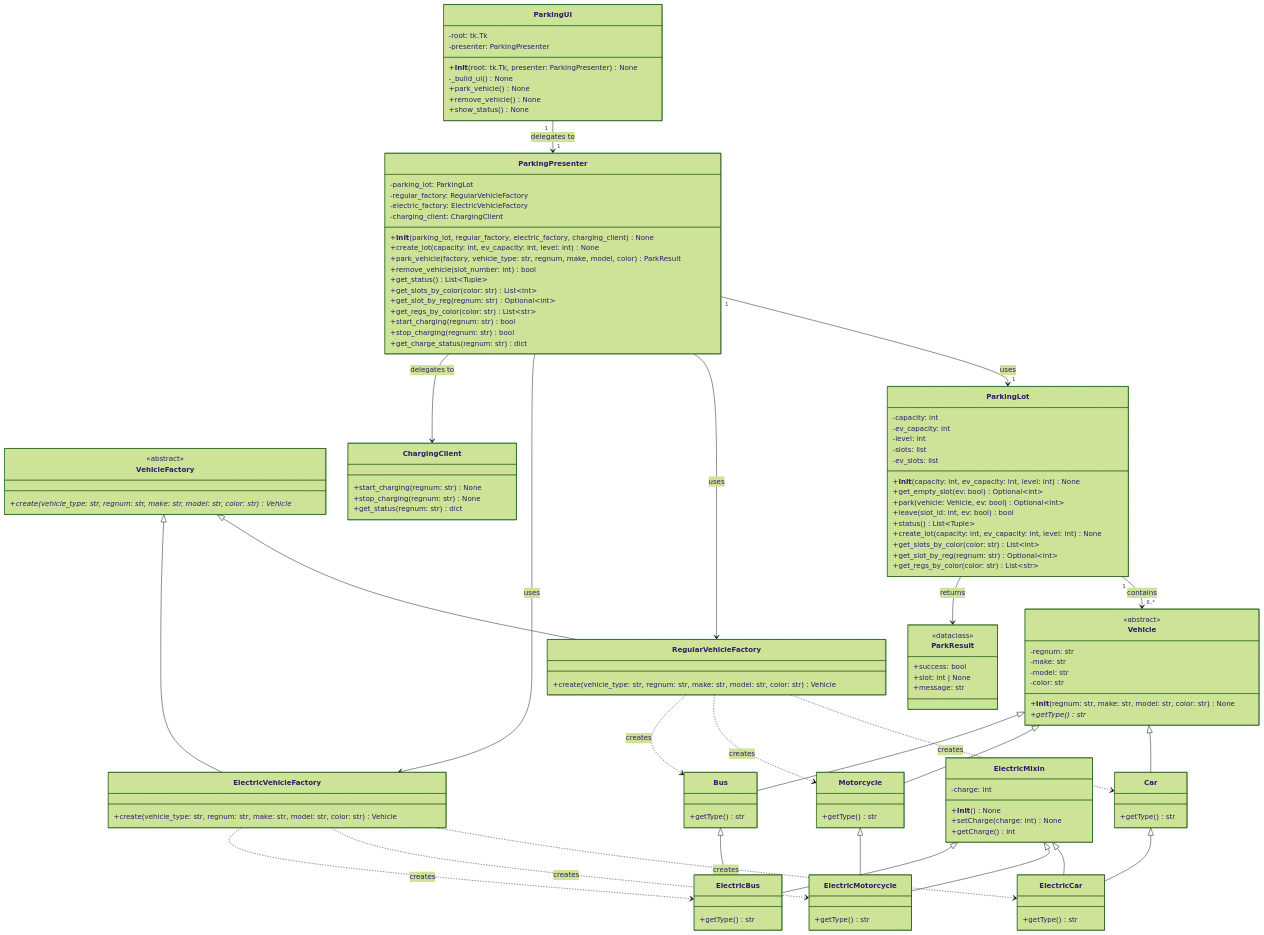
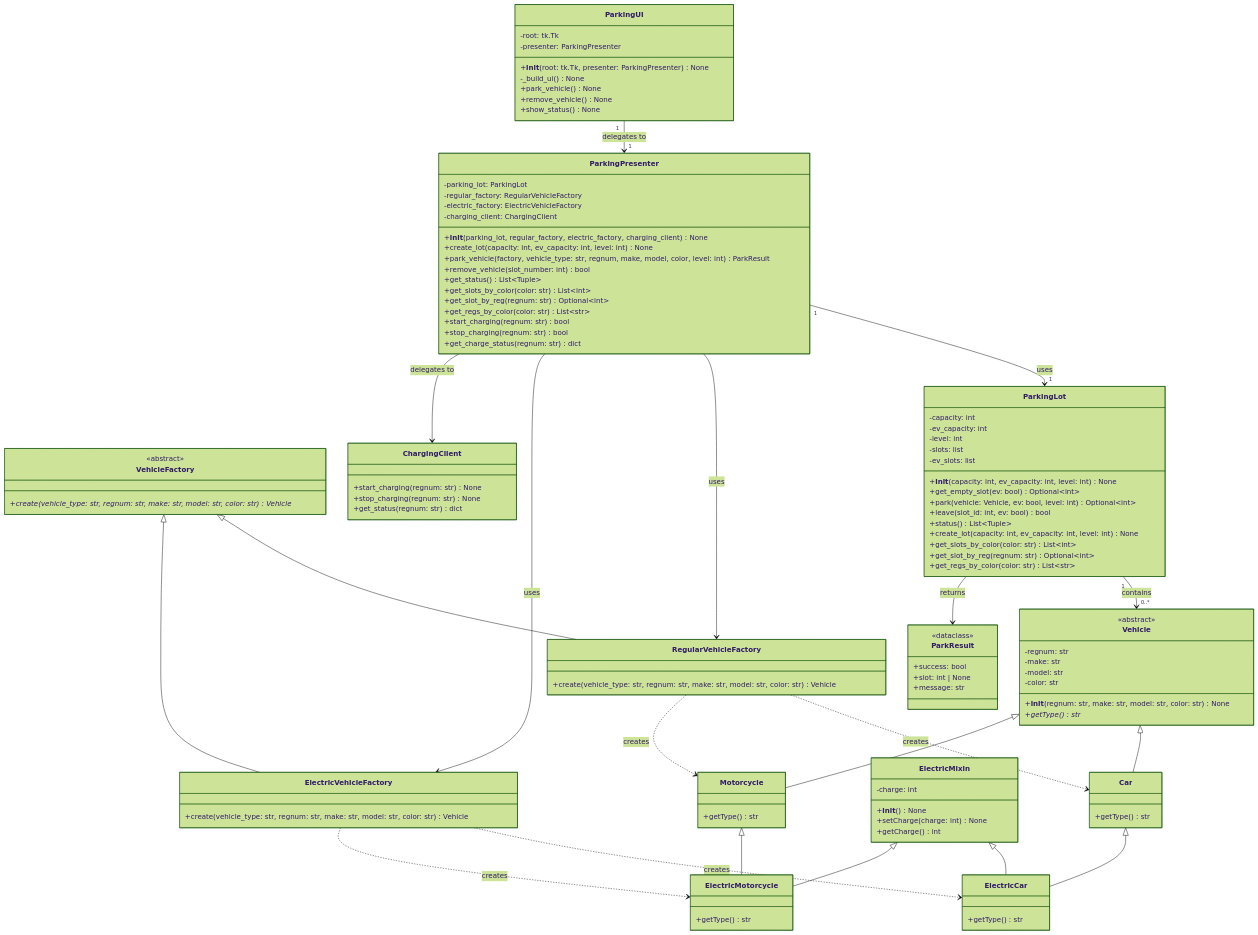
The diagram in UML_Structural_Diagram.md (GodfreySilungwe/Software-design-and-architecture-project), drawn with Mermaid (forest theme) before and after one commit. The commit also changed 12 other files, not shown here.

Commit message:
Fixed behaviour UML

```diff
--- a/UML_Structural_Diagram.md
+++ b/UML_Structural_Diagram.md
@@ -27,10 +27,6 @@
         +getType() str
     }
 
-    class Bus {
-        +getType() str
-    }
-
     class ElectricMixin {
         -charge: int
         +__init__() None
@@ -43,10 +39,6 @@
     }
 
     class ElectricMotorcycle {
-        +getType() str
-    }
-
-    class ElectricBus {
         +getType() str
     }
 
@@ -71,7 +63,7 @@
         -ev_slots: list
         +__init__(capacity: int, ev_capacity: int, level: int) None
         +get_empty_slot(ev: bool) Optional~int~
-        +park(vehicle: Vehicle, ev: bool) Optional~int~
+        +park(vehicle: Vehicle, ev: bool, level: int) Optional~int~
         +leave(slot_id: int, ev: bool) bool
         +status() List~Tuple~
         +create_lot(capacity: int, ev_capacity: int, level: int) None
@@ -87,7 +79,7 @@
         -charging_client: ChargingClient
         +__init__(parking_lot, regular_factory, electric_factory, charging_client) None
         +create_lot(capacity: int, ev_capacity: int, level: int) None
-        +park_vehicle(factory, vehicle_type: str, regnum, make, model, color) ParkResult
+        +park_vehicle(factory, vehicle_type: str, regnum, make, model, color, level: int) ParkResult
         +remove_vehicle(slot_number: int) bool
         +get_status() List~Tuple~
         +get_slots_by_color(color: str) List~int~
@@ -117,13 +109,10 @@
     %% Inheritance relationships
     Vehicle <|-- Car
     Vehicle <|-- Motorcycle
-    Vehicle <|-- Bus
     Car <|-- ElectricCar
     Motorcycle <|-- ElectricMotorcycle
-    Bus <|-- ElectricBus
     ElectricMixin <|-- ElectricCar
     ElectricMixin <|-- ElectricMotorcycle
-    ElectricMixin <|-- ElectricBus
 
     VehicleFactory <|-- RegularVehicleFactory
     VehicleFactory <|-- ElectricVehicleFactory
@@ -131,10 +120,8 @@
     %% Dependency and Association relationships
     RegularVehicleFactory ..> Car : creates
     RegularVehicleFactory ..> Motorcycle : creates
-    RegularVehicleFactory ..> Bus : creates
     ElectricVehicleFactory ..> ElectricCar : creates
     ElectricVehicleFactory ..> ElectricMotorcycle : creates
-    ElectricVehicleFactory ..> ElectricBus : creates
     
     ParkingLot "1" --> "0..*" Vehicle : contains
     ParkingLot --> ParkResult : returns
```
